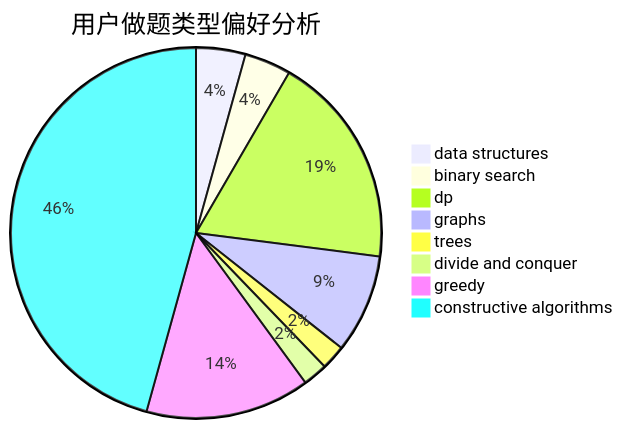
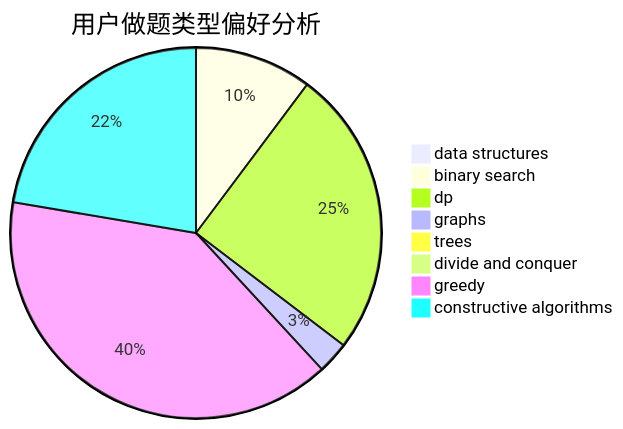
Before and after one commit to sherpahu/cfrs.github.io: the second of 3 diagrams in docs/user/u1452.md, drawn with Mermaid. The commit also changed other lines of this file and 2770 other files, not shown here.

````diff
--- a/docs/user/u1452.md
+++ b/docs/user/u1452.md
@@ -23,11 +23,11 @@
 ```mermaid
 pie title 用户做题类型偏好分析
-    "data structures" :  18
-    "binary search" :  17
-    "dp" :  78
-    "graphs" :  36
-    "trees" :  9
-    "divide and conquer" :  9
-    "greedy" :  60
-    "constructive algorithms" :  191
+    "data structures" :  0
+    "binary search" :  103
+    "dp" :  253
+    "graphs" :  28
+    "trees" :  0
+    "divide and conquer" :  0
+    "greedy" :  398
+    "constructive algorithms" :  225
 ```
````
